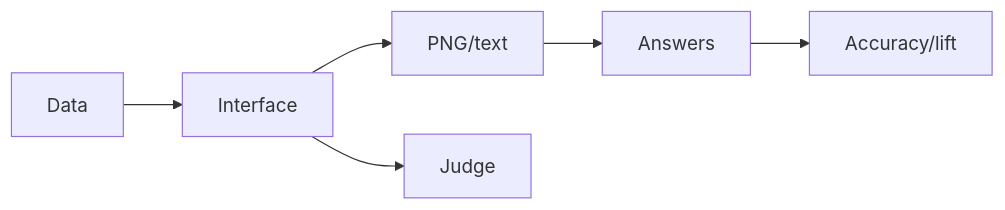
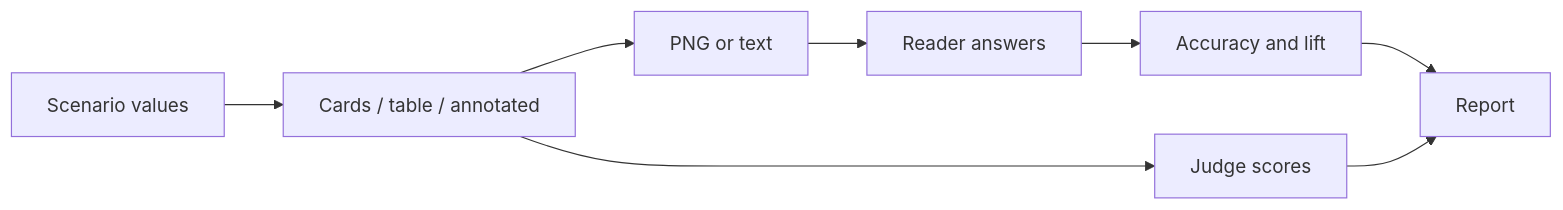
Before and after one commit to urmeo/glassbox: the diagram in README.md, drawn with Mermaid. The commit also changed other lines of this file and 47 other files, not shown here.

````diff
--- a/README.md
+++ b/README.md
@@ -9,5 +11,6 @@
 ```mermaid
 flowchart LR
-    D[Data]-->I[Interface]-->S[PNG/text]-->A[Answers]-->M[Accuracy/lift]
-    I-->J[Judge]
+    D[Scenario values] --> I[Cards / table / annotated]
+    I --> S[PNG or text] --> A[Reader answers] --> M[Accuracy and lift] --> R[Report]
+    I --> J[Judge scores] --> R
 ```
````
